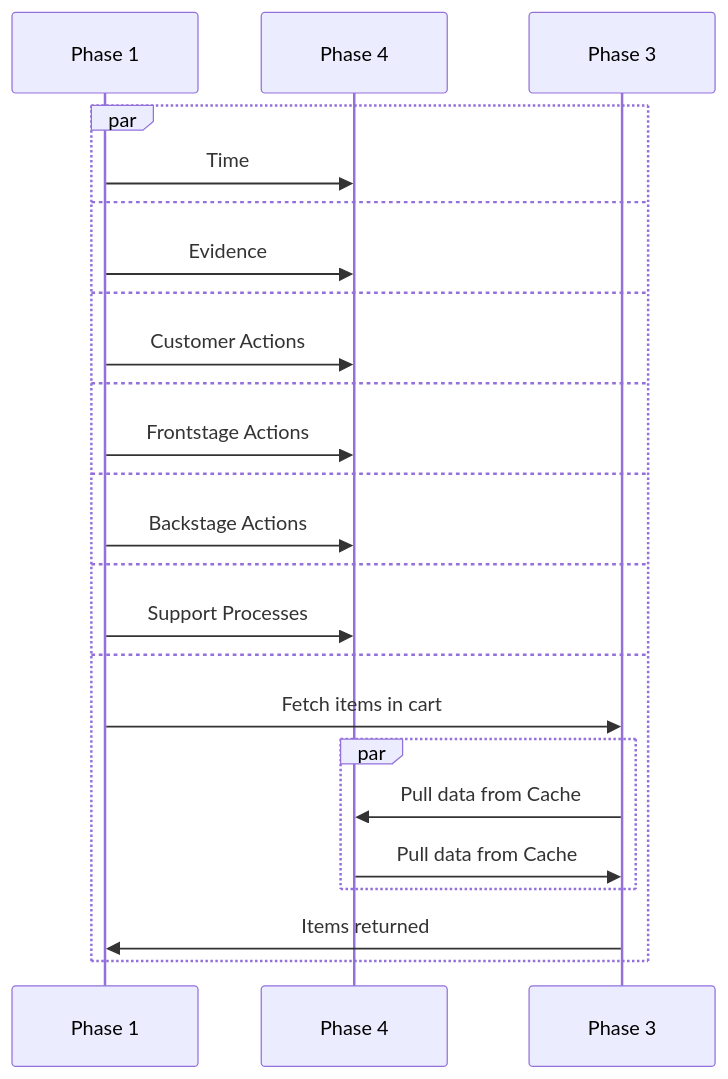
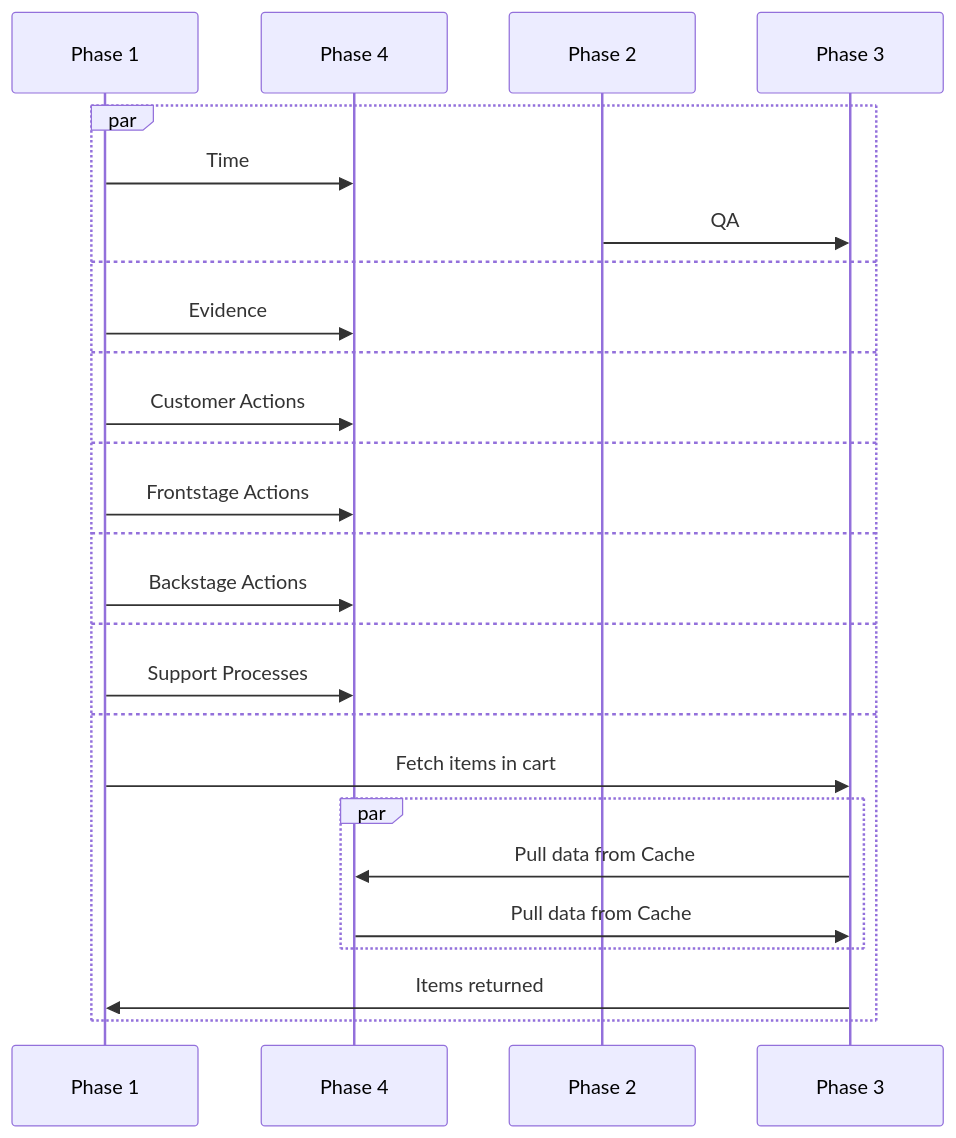
Before and after one commit to mgifford/mermaid-graphs: the second of 2 diagrams in blueprint.md, drawn with Mermaid.

````diff
--- a/blueprint.md
+++ b/blueprint.md
@@ -23,23 +23,24 @@
 ```mermaid
 sequenceDiagram
     par 
         Phase 1->>Phase 4: Time
+        Phase 2->>Phase 3: QA
     and
         Phase 1->>Phase 4: Evidence
     and
         Phase 1->>Phase 4: Customer Actions
     and
         Phase 1->>Phase 4: Frontstage Actions
     and
         Phase 1->>Phase 4: Backstage Actions
     and
         Phase 1->>Phase 4: Support Processes
     and
         Phase 1->>Phase 3: Fetch items in cart
         par 
             Phase 3->>Phase 4: Pull data from Cache
             Phase 4->>Phase 3: Pull data from Cache
         end
         Phase 3->>Phase 1: Items returned
     end
 ```
````
